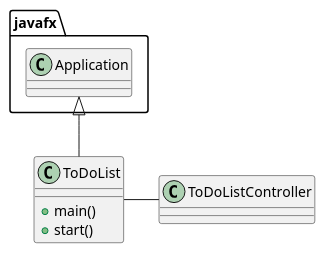
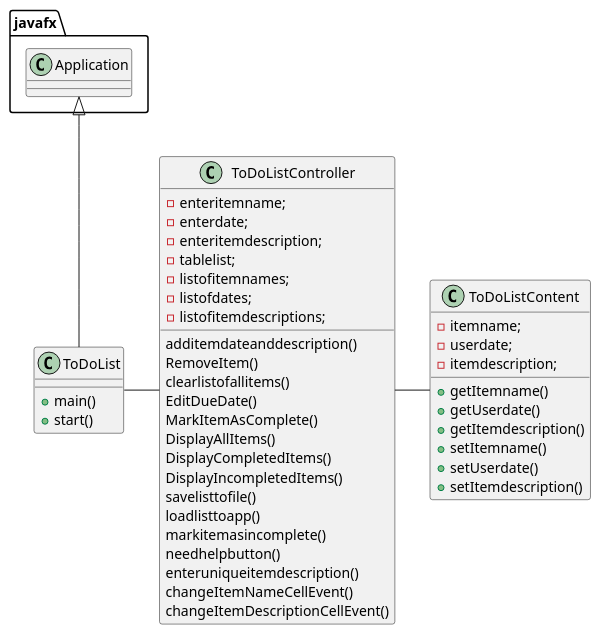
Before and after one commit to anthonyisadulting/banaag-cop3330-assignment4part2: the diagram in uml/todolist.puml, drawn with PlantUML.

Commit message:
5th commit: updated uml diagrams

```diff
--- a/uml/todolist.puml
+++ b/uml/todolist.puml
@@ -1,18 +1,56 @@
 @startuml
 'https://plantuml.com/class-diagram
 
 
 
 
 class ToDoList{
 +main()
 +start()
 }
 
 class ToDoListController{
+-enteritemname;
+-enterdate;
+-enteritemdescription;
+-tablelist;
+-listofitemnames;
+-listofdates;
+-listofitemdescriptions;
+
+additemdateanddescription()
+RemoveItem()
+clearlistofallitems()
+EditDueDate()
+MarkItemAsComplete()
+DisplayAllItems()
+DisplayCompletedItems()
+DisplayIncompletedItems()
+savelisttofile()
+loadlisttoapp()
+markitemasincomplete()
+needhelpbutton()
+enteruniqueitemdescription()
+changeItemNameCellEvent()
+ changeItemDescriptionCellEvent()
+}
+
+class ToDoListContent{
+-itemname;
+-userdate;
+-itemdescription;
+
++getItemname()
++getUserdate()
++getItemdescription()
++setItemname()
++setUserdate()
+ +setItemdescription()
 
 }
+
+ToDoListController-ToDoListContent
 javafx.Application <|--ToDoList
 ToDoList- ToDoListController
 
 @enduml
```
